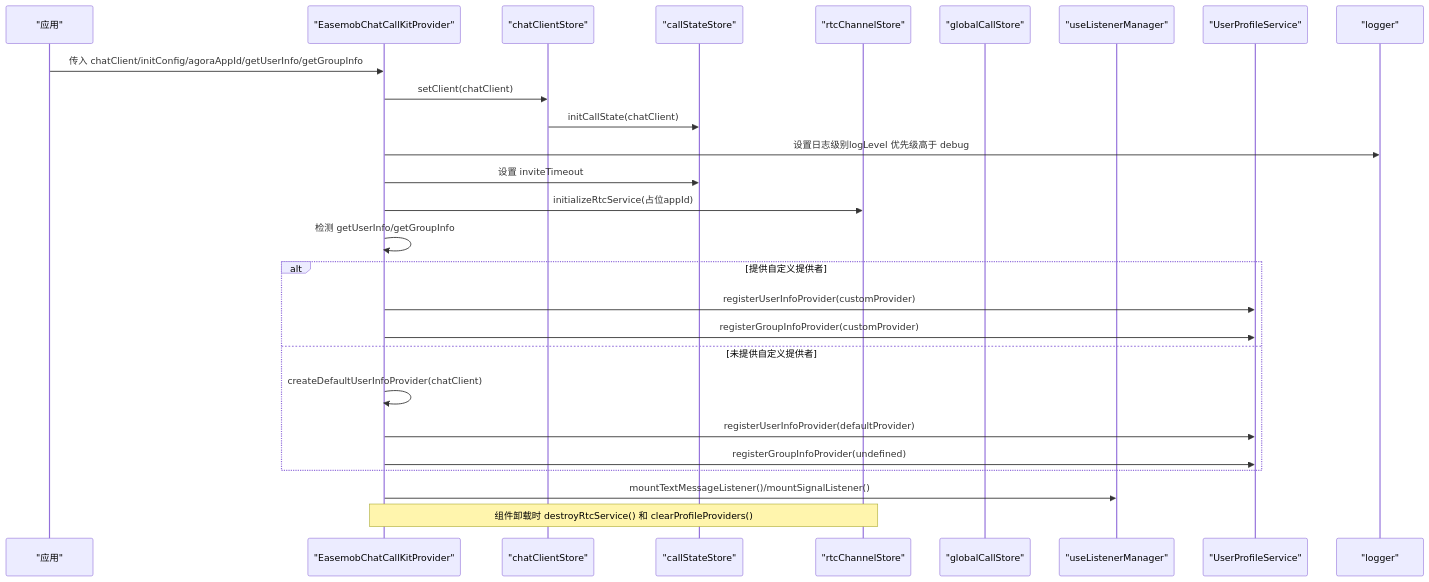
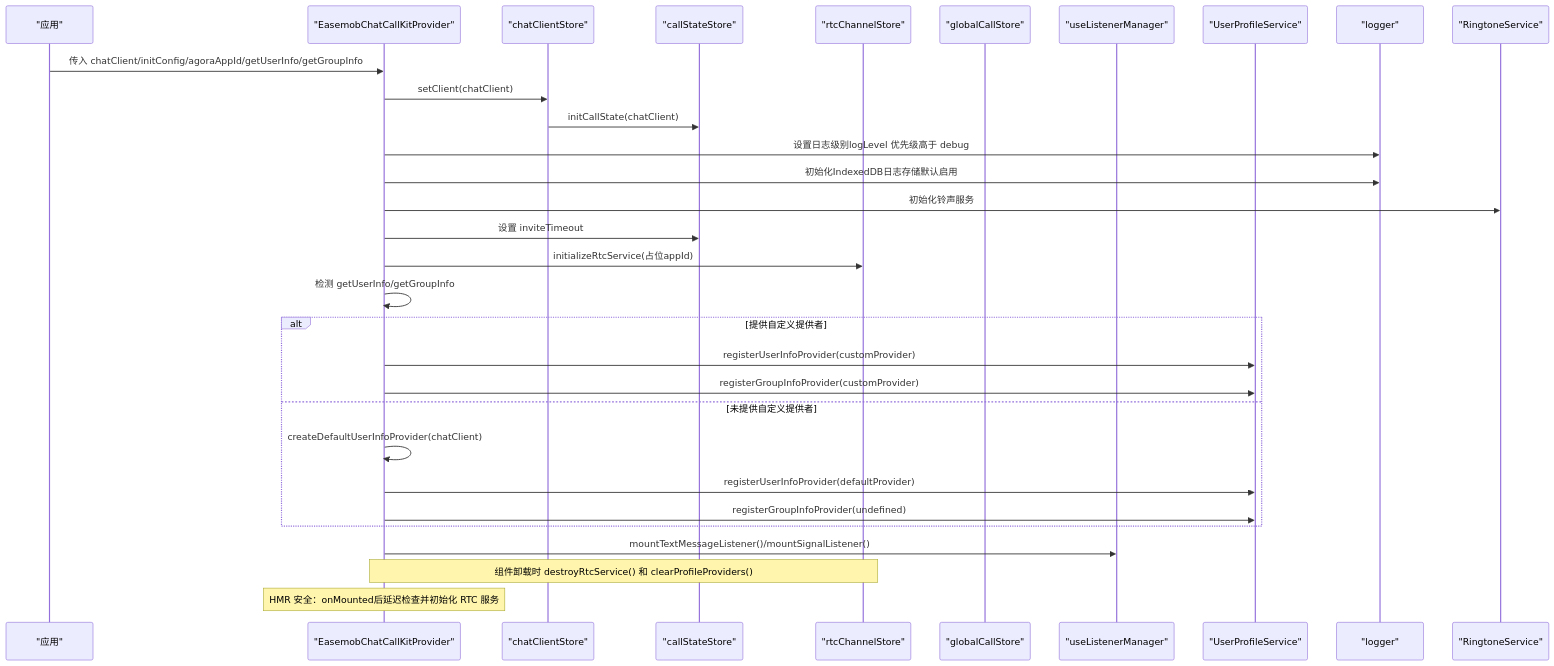
Before and after one commit to Easemob-Community/easemob-uikit-callkit-vue3: the second of 5 diagrams in .qoder/repowiki/zh/content/核心组件/Provider 组件.md, drawn with Mermaid. The commit also changed other lines of this file and 58 other files, not shown here.

````diff
--- a/.qoder/repowiki/zh/content/核心组件/Provider 组件.md
+++ b/.qoder/repowiki/zh/content/核心组件/Provider 组件.md
@@ -143,29 +162,33 @@
 ```mermaid
 sequenceDiagram
 participant App as "应用"
 participant Provider as "EasemobChatCallKitProvider"
 participant ChatStore as "chatClientStore"
 participant CallState as "callStateStore"
 participant RtcStore as "rtcChannelStore"
 participant GlobalStore as "globalCallStore"
 participant Listener as "useListenerManager"
 participant UserSvc as "UserProfileService"
 participant Logger as "logger"
+participant Ringtone as "RingtoneService"
 App->>Provider : 传入 chatClient/initConfig/agoraAppId/getUserInfo/getGroupInfo
 Provider->>ChatStore : setClient(chatClient)
 ChatStore->>CallState : initCallState(chatClient)
 Provider->>Logger : 设置日志级别logLevel 优先级高于 debug
+Provider->>Logger : 初始化IndexedDB日志存储默认启用
+Provider->>Ringtone : 初始化铃声服务
 Provider->>CallState : 设置 inviteTimeout
 Provider->>RtcStore : initializeRtcService(占位appId)
 Provider->>Provider : 检测 getUserInfo/getGroupInfo
 alt 提供自定义提供者
 Provider->>UserSvc : registerUserInfoProvider(customProvider)
 Provider->>UserSvc : registerGroupInfoProvider(customProvider)
 else 未提供自定义提供者
 Provider->>Provider : createDefaultUserInfoProvider(chatClient)
 Provider->>UserSvc : registerUserInfoProvider(defaultProvider)
 Provider->>UserSvc : registerGroupInfoProvider(undefined)
 end
 Provider->>Listener : mountTextMessageListener()/mountSignalListener()
 Note over Provider,RtcStore : 组件卸载时 destroyRtcService() 和 clearProfileProviders()
+Note over Provider : HMR 安全：onMounted后延迟检查并初始化 RTC 服务
 ```
````
